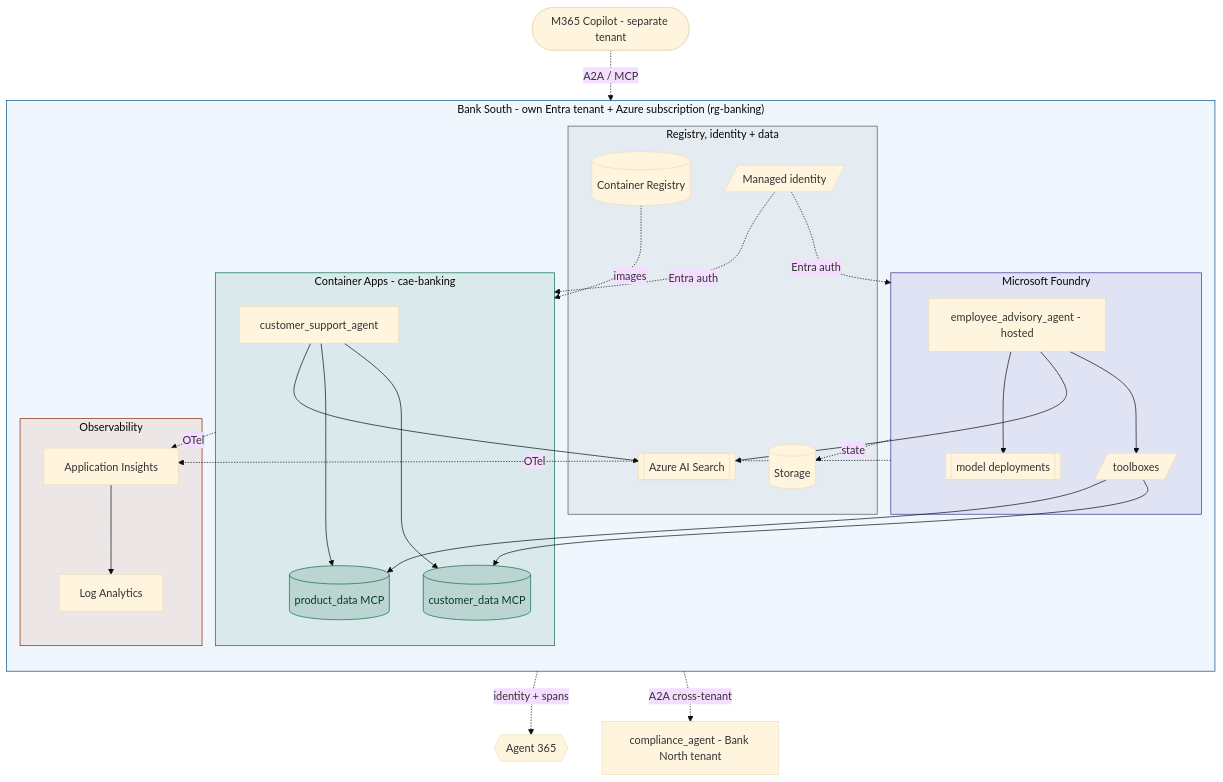
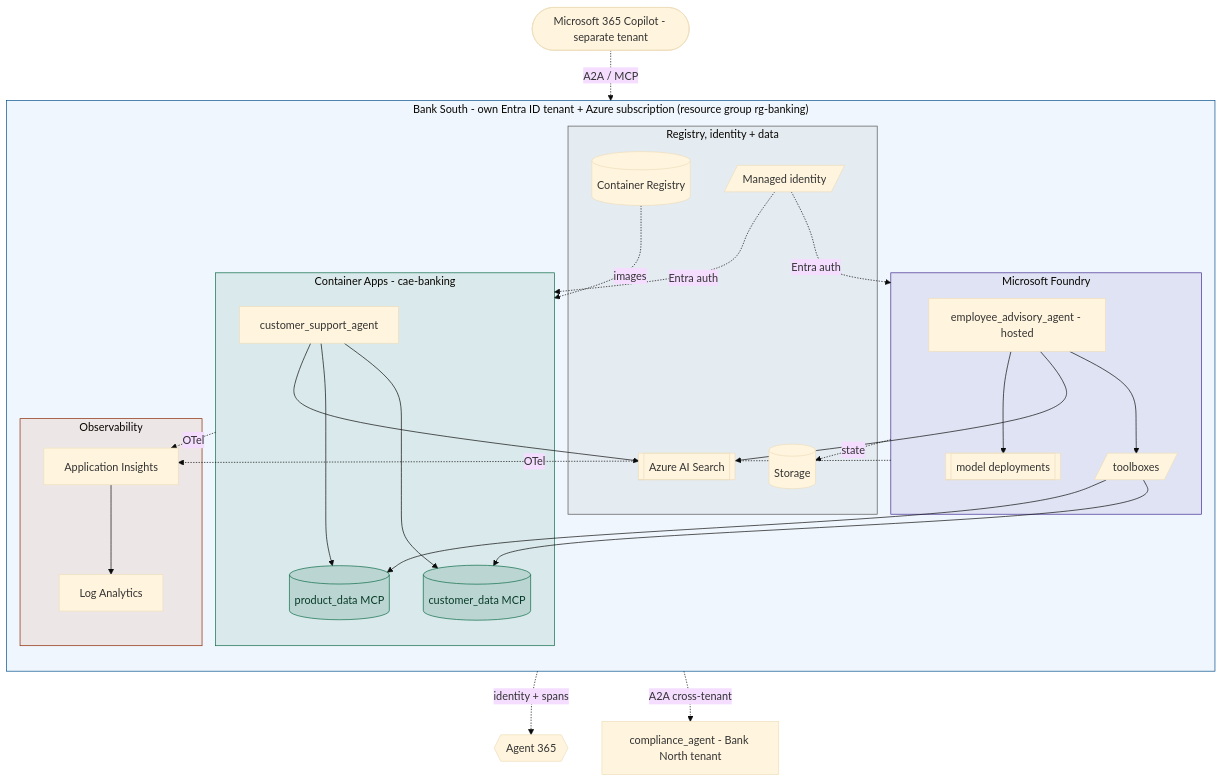
Before and after one commit to denniszielke/agentic-banking-ecosystem: the second of 2 diagrams in README.md, drawn with Mermaid (base theme). The commit also changed other lines of this file, not shown here.

Commit message:
docs: fix review comments - Entra ID tenant, rg-banking as resource group, outbound edges, M365 Copilot label

````diff
--- a/README.md
+++ b/README.md
@@ -78,59 +78,59 @@
 ```mermaid
 flowchart TB
-    COP([M365 Copilot - separate tenant]) -. A2A / MCP .-> CSA
+    COP([Microsoft 365 Copilot - separate tenant]) -. A2A / MCP .-> CSA
 
-    subgraph SUB["Bank South - own Entra tenant + Azure subscription (rg-banking)"]
+    subgraph SUB["Bank South - own Entra ID tenant + Azure subscription (resource group rg-banking)"]
       direction TB
 
       subgraph FOUNDRY["Microsoft Foundry"]
         EAA[employee_advisory_agent - hosted]
         MODELS[[model deployments]]
         TBX[/toolboxes/]
       end
 
       subgraph ACAENV["Container Apps - cae-banking"]
         CSA[customer_support_agent]
         CDATA[(customer_data MCP)]
         PDATA[(product_data MCP)]
       end
 
       subgraph SUPPORT["Registry, identity + data"]
         ACR[(Container Registry)]
         MI[/Managed identity/]
         SEARCH[[Azure AI Search]]
         STORAGE[(Storage)]
       end
 
       subgraph OBS["Observability"]
         APPI[Application Insights]
         LAW[Log Analytics]
       end
     end
 
     A365{{Agent 365}}
     NORTH[compliance_agent - Bank North tenant]
 
     ACR -. images .-> ACAENV
     MI -. Entra auth .-> FOUNDRY
     MI -. Entra auth .-> ACAENV
 
     CSA --> CDATA & PDATA & SEARCH
     EAA --> TBX
     TBX --> CDATA & PDATA
     EAA --> SEARCH & MODELS
     FOUNDRY -. state .-> STORAGE
 
     FOUNDRY -. OTel .-> APPI
     ACAENV -. OTel .-> APPI
     APPI --> LAW
     EAA -. identity + spans .-> A365
     CSA -. A2A cross-tenant .-> NORTH
 
     style SUB fill:#0078D410,stroke:#004e8c
     style FOUNDRY fill:#41299118,stroke:#412991
     style ACAENV fill:#0b6b4618,stroke:#0b6b46
     style SUPPORT fill:#5a5a5a12,stroke:#555
     style OBS fill:#D83B0116,stroke:#8a2600
     style CDATA fill:#0b6b4626,stroke:#0b6b46,color:#083b27
     style PDATA fill:#0b6b4626,stroke:#0b6b46,color:#083b27
 ```
````
